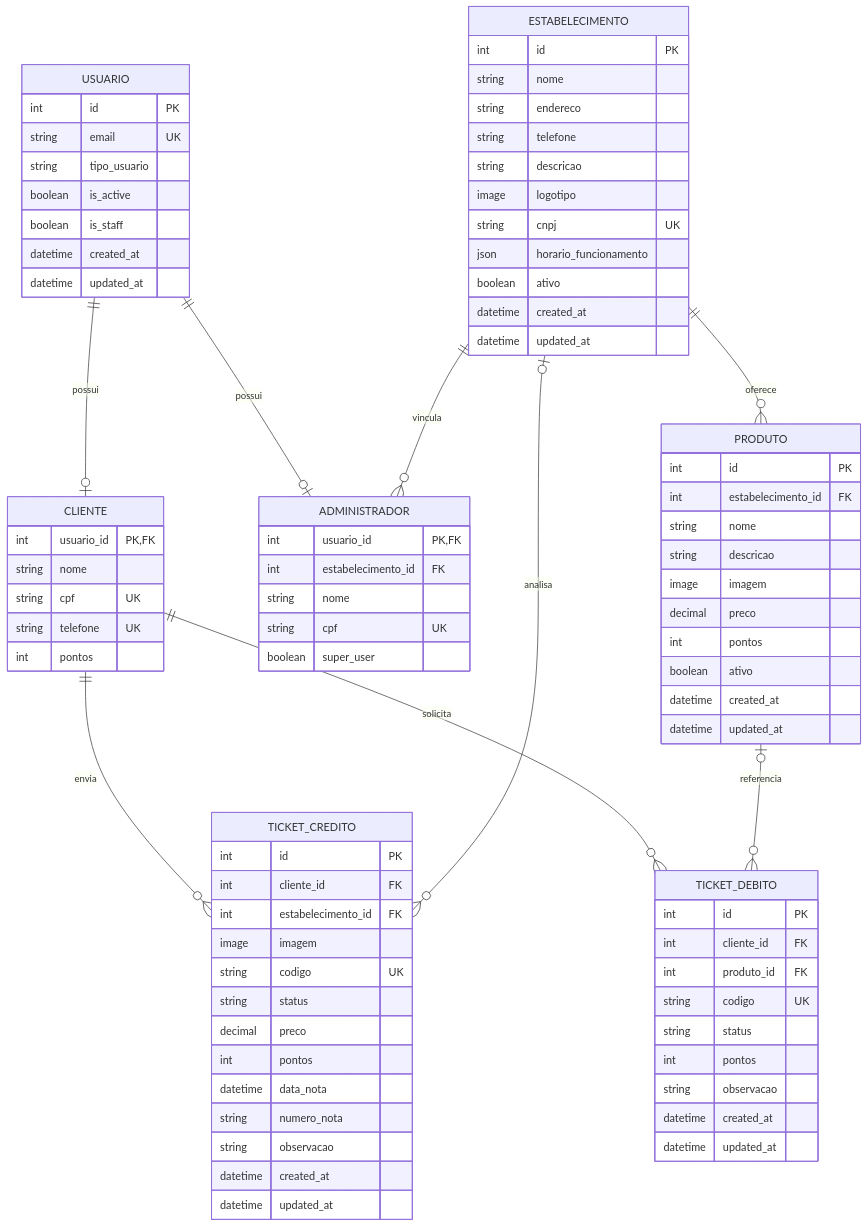
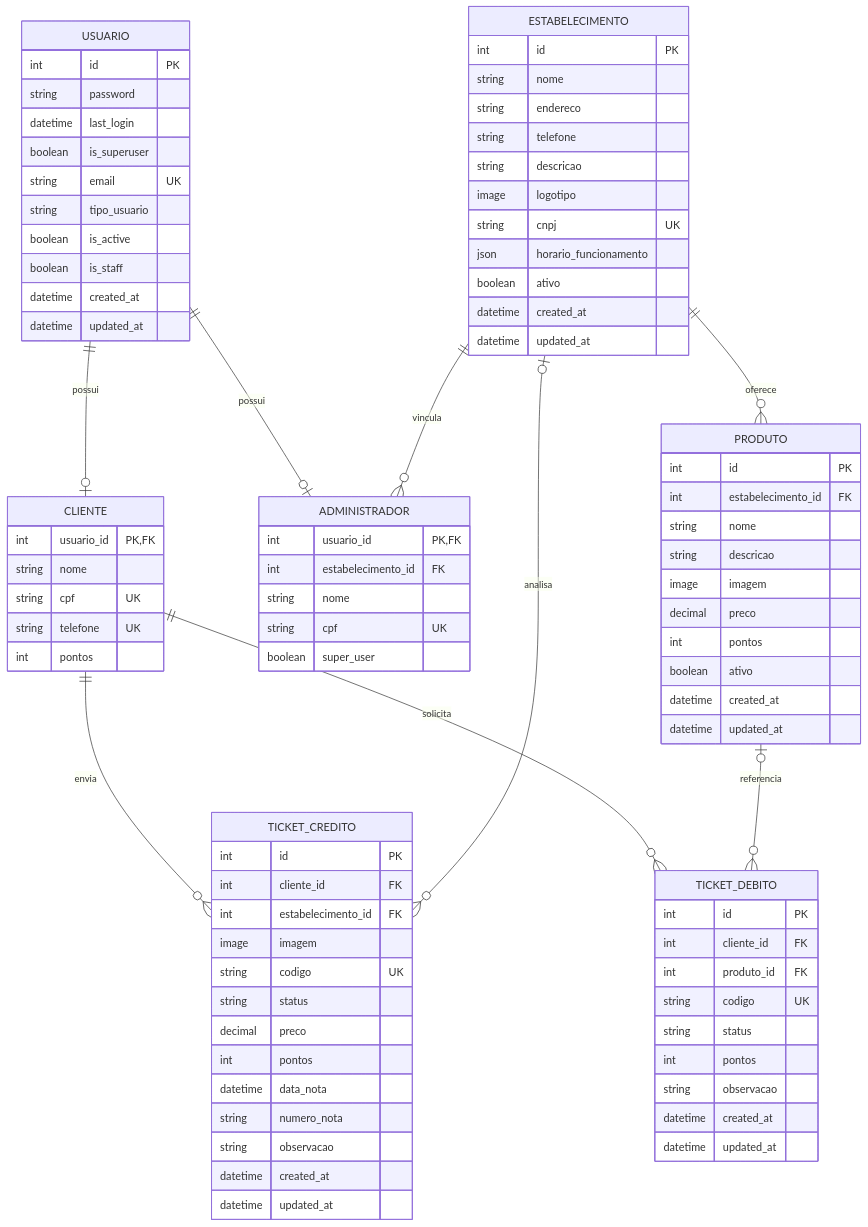
One commit to Gabriela-Amaro/JanuPoints-TCC changed the diagram in docs/diagram_er.md. Above: the diagram before and after it, drawn with Mermaid. The commit also changed other lines of this file and 8 other files, not shown here.

```diff
--- a/docs/diagram_er.md
+++ b/docs/diagram_er.md
@@ -10,6 +10,9 @@
 erDiagram
     USUARIO {
         int id PK
+        string password
+        datetime last_login
+        boolean is_superuser
         string email UK
         string tipo_usuario
         boolean is_active
```
